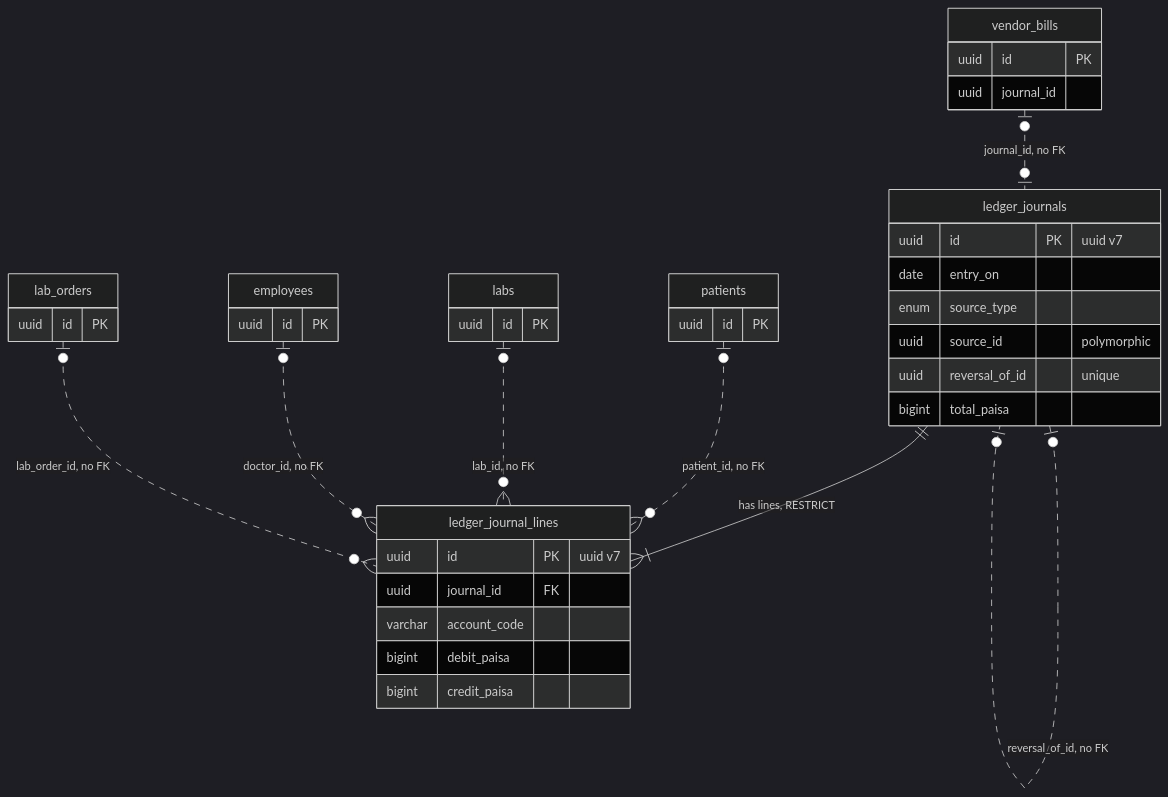
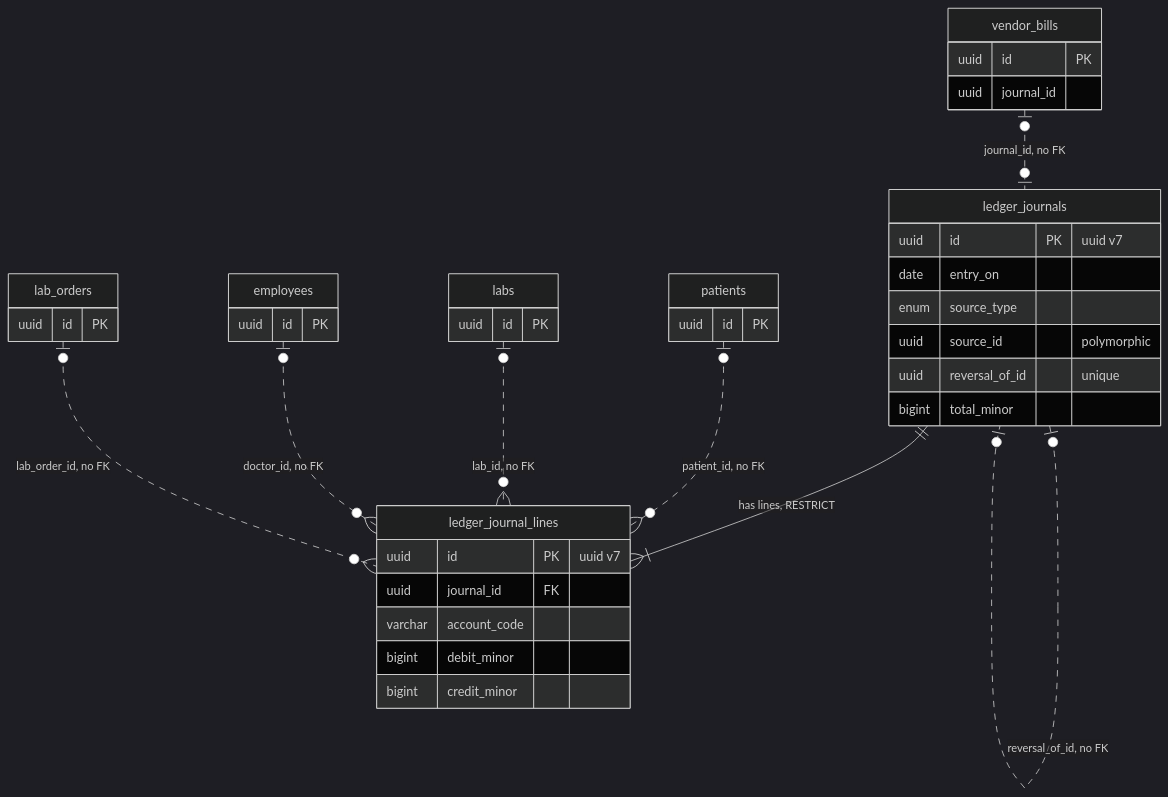
Before and after one commit to moinuddin2004/cms: the diagram in docs/handbook/diagrams/ch21-general-ledger-erd.mmd, drawn with Mermaid (dark theme). The commit also changed 436 other files, not shown here.

```diff
--- a/docs/handbook/diagrams/ch21-general-ledger-erd.mmd
+++ b/docs/handbook/diagrams/ch21-general-ledger-erd.mmd
@@ -1,39 +1,39 @@
 erDiagram
   ledger_journals ||--|{ ledger_journal_lines : "has lines, RESTRICT"
   ledger_journals |o..o| ledger_journals : "reversal_of_id, no FK"
   vendor_bills |o..o| ledger_journals : "journal_id, no FK"
   patients |o..o{ ledger_journal_lines : "patient_id, no FK"
   labs |o..o{ ledger_journal_lines : "lab_id, no FK"
   employees |o..o{ ledger_journal_lines : "doctor_id, no FK"
   lab_orders |o..o{ ledger_journal_lines : "lab_order_id, no FK"
   ledger_journals {
     uuid id PK "uuid v7"
     date entry_on
     enum source_type
     uuid source_id "polymorphic"
     uuid reversal_of_id "unique"
-    bigint total_paisa
+    bigint total_minor
   }
   ledger_journal_lines {
     uuid id PK "uuid v7"
     uuid journal_id FK
     varchar account_code
-    bigint debit_paisa
-    bigint credit_paisa
+    bigint debit_minor
+    bigint credit_minor
   }
   vendor_bills {
     uuid id PK
     uuid journal_id
   }
   patients {
     uuid id PK
   }
   labs {
     uuid id PK
   }
   employees {
     uuid id PK
   }
   lab_orders {
     uuid id PK
   }
```
